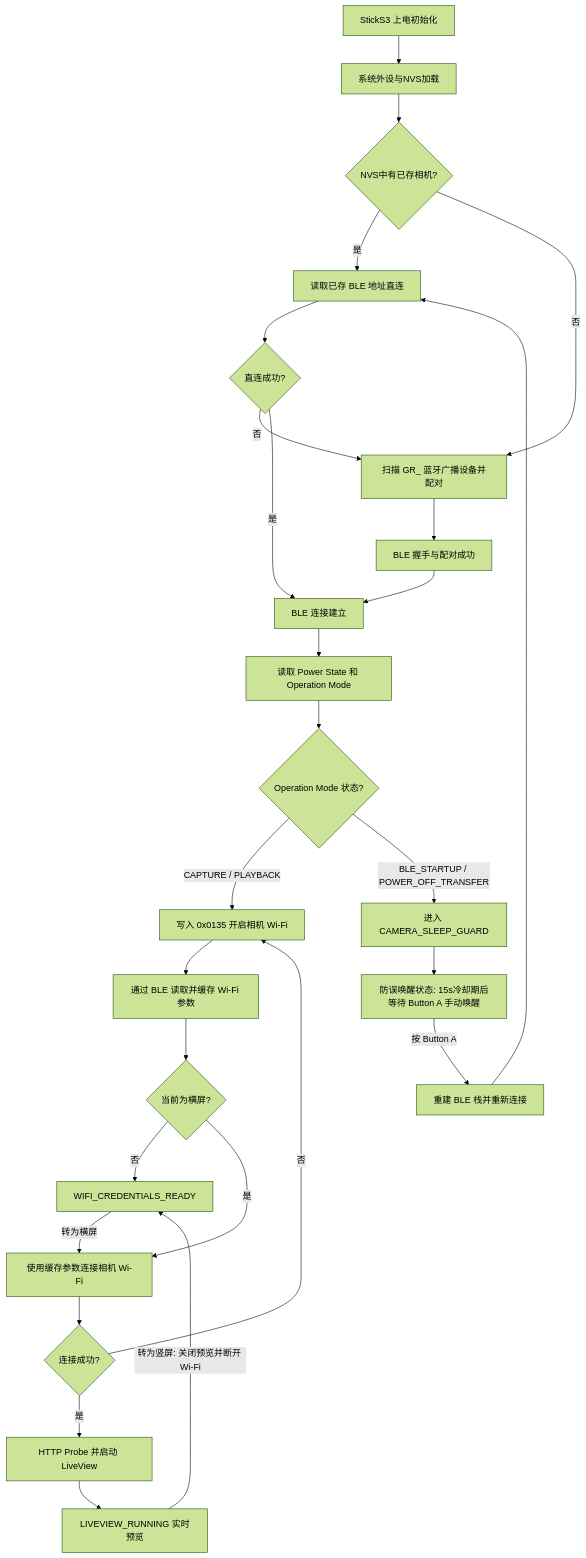
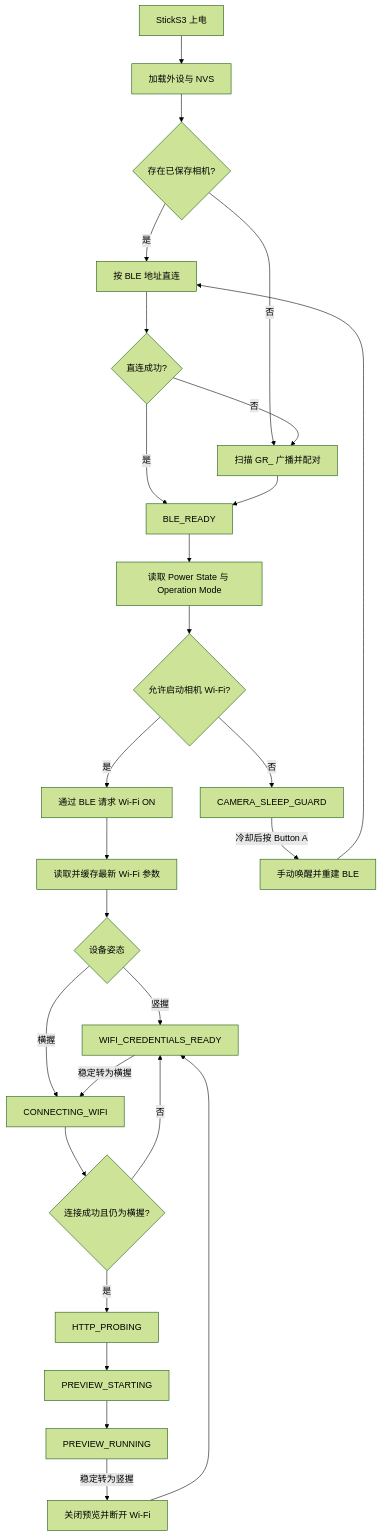
One commit to sky18Dragon/RICOH-GR-Live-View-Shooting changed the diagram in README.md. Above: the diagram before and after it, drawn with Mermaid (forest theme). The commit also changed other lines of this file and 1 other file, not shown here.

Commit message:
docs: align readmes with posture-gated flow

````diff
--- a/README.md
+++ b/README.md
@@ -103,29 +129,29 @@
 ```mermaid
-graph TD
-    A[StickS3 上电初始化] --> B[系统外设与NVS加载]
-    B --> C{NVS中有已存相机?}
-    C -->|是| D[读取已存 BLE 地址直连]
-    C -->|否| E[扫描 GR_ 蓝牙广播设备并配对]
+flowchart TD
+    A[StickS3 上电] --> B[加载外设与 NVS]
+    B --> C{存在已保存相机?}
+    C -->|是| D[按 BLE 地址直连]
+    C -->|否| E[扫描 GR_ 广播并配对]
     D --> F{直连成功?}
     F -->|否| E
-    E --> G[BLE 握手与配对成功]
-    F -->|是| H[BLE 连接建立]
-    G --> H
-    H --> I[读取 Power State 和 Operation Mode]
-    I --> J{Operation Mode 状态?}
-    J -->|CAPTURE / PLAYBACK| K[写入 0x0135 开启相机 Wi-Fi]
-    J -->|BLE_STARTUP / POWER_OFF_TRANSFER| L[进入 CAMERA_SLEEP_GUARD]
-    K --> M[通过 BLE 读取并缓存 Wi-Fi 参数]
-    M --> U{当前为横屏?}
-    U -->|否| V[WIFI_CREDENTIALS_READY]
-    V -->|转为横屏| N[使用缓存参数连接相机 Wi-Fi]
-    U -->|是| N
-    N --> P{连接成功?}
-    P -->|是| Q[HTTP Probe 并启动 LiveView]
-    P -->|否| K
-    Q --> R[LIVEVIEW_RUNNING 实时预览]
-    R -->|转为竖屏: 关闭预览并断开 Wi-Fi| V
-    L --> S[防误唤醒状态: 15s冷却期后等待 Button A 手动唤醒]
-    S -->|按 Button A| T[重建 BLE 栈并重新连接]
-    T --> D
+    F -->|是| G[BLE_READY]
+    E --> G
+    G --> H[读取 Power State 与 Operation Mode]
+    H --> I{允许启动相机 Wi-Fi?}
+    I -->|否| J[CAMERA_SLEEP_GUARD]
+    I -->|是| K[通过 BLE 请求 Wi-Fi ON]
+    K --> L[读取并缓存最新 Wi-Fi 参数]
+    L --> M{设备姿态}
+    M -->|竖握| N[WIFI_CREDENTIALS_READY]
+    M -->|横握| O[CONNECTING_WIFI]
+    N -->|稳定转为横握| O
+    O --> P{连接成功且仍为横握?}
+    P -->|否| N
+    P -->|是| Q[HTTP_PROBING]
+    Q --> R[PREVIEW_STARTING]
+    R --> S[PREVIEW_RUNNING]
+    S -->|稳定转为竖握| T[关闭预览并断开 Wi-Fi]
+    T --> N
+    J -->|冷却后按 Button A| U[手动唤醒并重建 BLE]
+    U --> D
 ```
````
